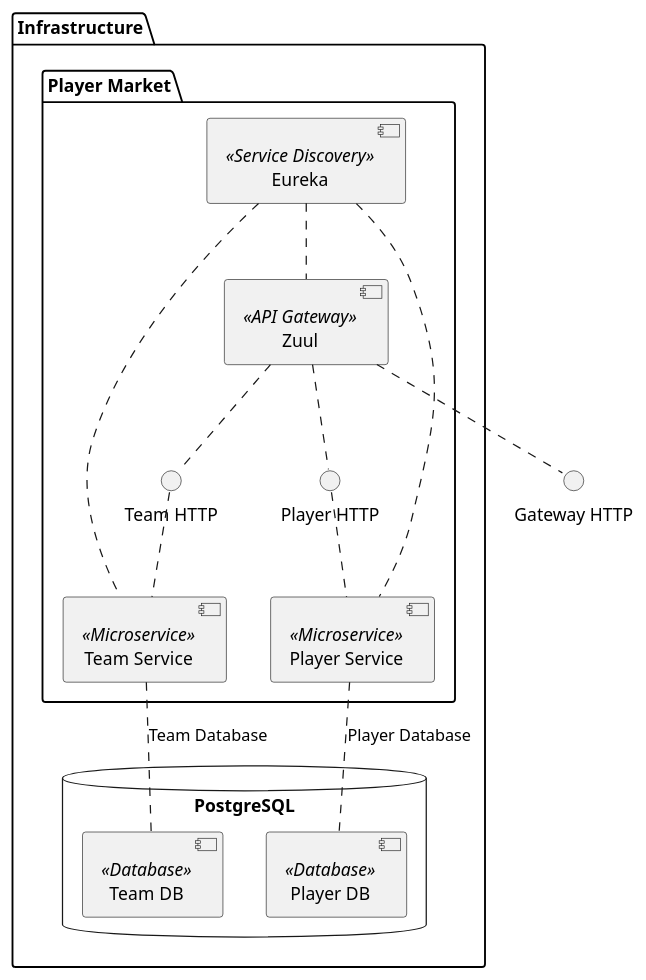
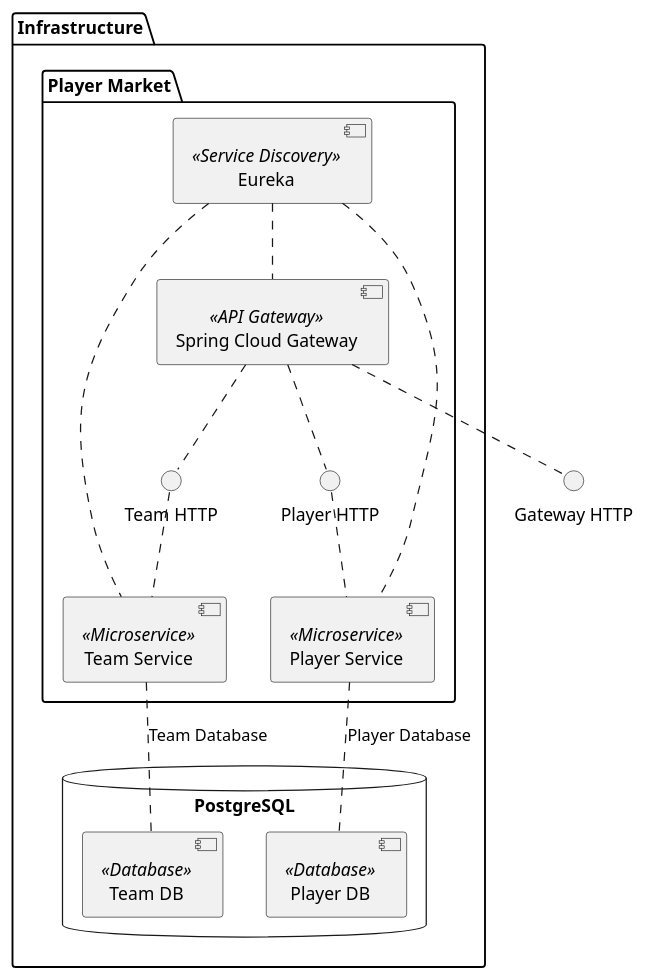
One commit to nazarov-pro/player-market changed the diagram in doc/assert/diagrams/component.puml. Above: the diagram before and after it, drawn with PlantUML. The commit also changed 137 other files, not shown here.

```diff
--- a/doc/assert/diagrams/component.puml
+++ b/doc/assert/diagrams/component.puml
@@ -1,44 +1,44 @@
 @startuml
 
 package "Infrastructure" as infra {
 
     database "PostgreSQL" as rdbms {
         component "Team DB" as team_db <<Database>>
         component "Player DB" as player_db <<Database>>
     }
 
     package "Player Market" as internal {
         component "Eureka" as service_discovery <<Service Discovery>>
 
-        component "Zuul" as gateway <<API Gateway>>
+        component "Spring Cloud Gateway" as gateway <<API Gateway>>
 
         component "Team Service" as team_svc <<Microservice>>
 
         component "Player Service" as player_svc <<Microservice>>
 
         interface "Team HTTP" as team_svc_http
         team_svc_http .. team_svc
 
         interface "Player HTTP" as player_svc_http
         player_svc_http .. player_svc
 
         gateway .. player_svc_http
         gateway .. team_svc_http
         service_discovery .. team_svc
         service_discovery .. player_svc
         service_discovery .. gateway
 
     }
 
     team_svc .. team_db : Team Database
     player_svc .. player_db : Player Database
 
 }
 
 interface "Gateway HTTP" as gateway_http
 gateway .. gateway_http
 
 
 
 
 @enduml
```
